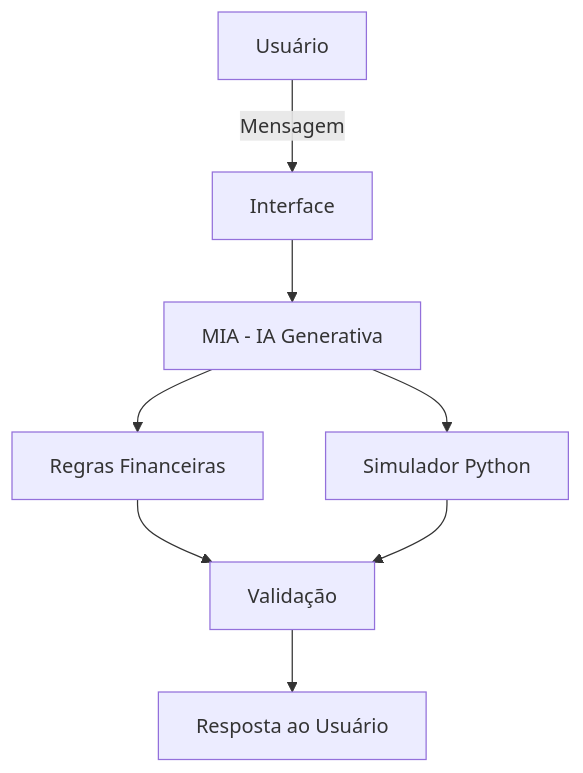
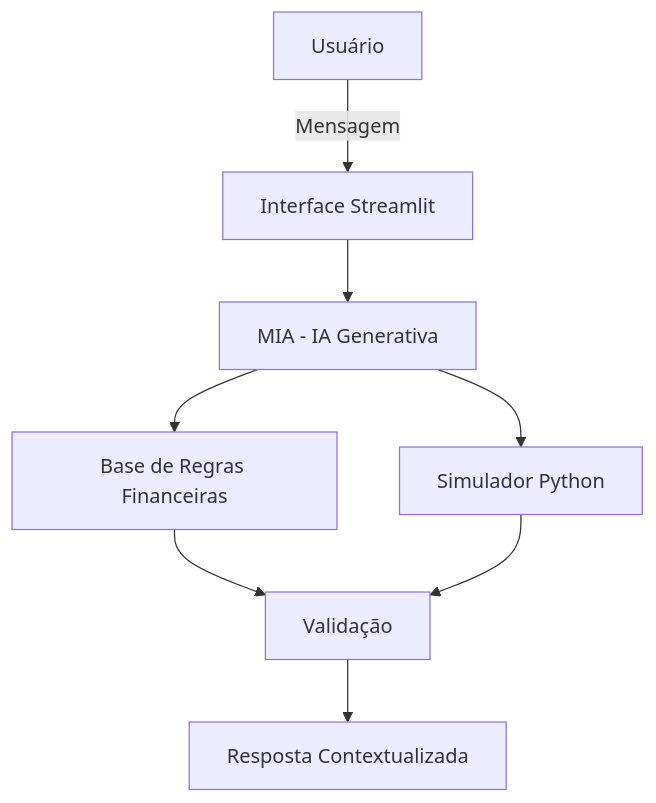
Before and after one commit to sandrostec/dio-lab-bia-do-futuro: the diagram in docs/01-documentacao-agente.md, drawn with Mermaid. The commit also changed other lines of this file, not shown here.

````diff
--- a/docs/01-documentacao-agente.md
+++ b/docs/01-documentacao-agente.md
@@ -125,10 +127,10 @@
 ```mermaid
 flowchart TD
-    A[Usuário] -->|Mensagem| B[Interface]
+    A[Usuário] -->|Mensagem| B[Interface Streamlit]
     B --> C[MIA - IA Generativa]
-    C --> D[Regras Financeiras]
+    C --> D[Base de Regras Financeiras]
     C --> E[Simulador Python]
     D --> F[Validação]
     E --> F
-    F --> G[Resposta ao Usuário]
+    F --> G[Resposta Contextualizada]
 ```
````
